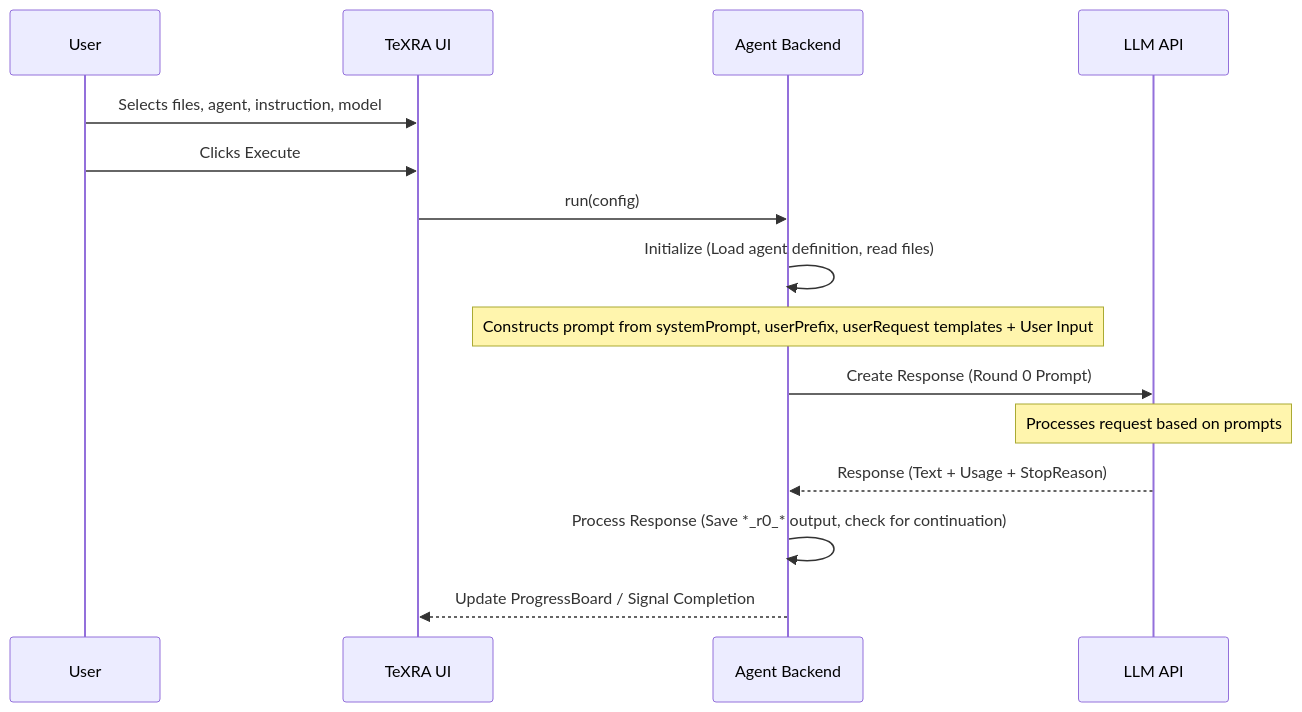
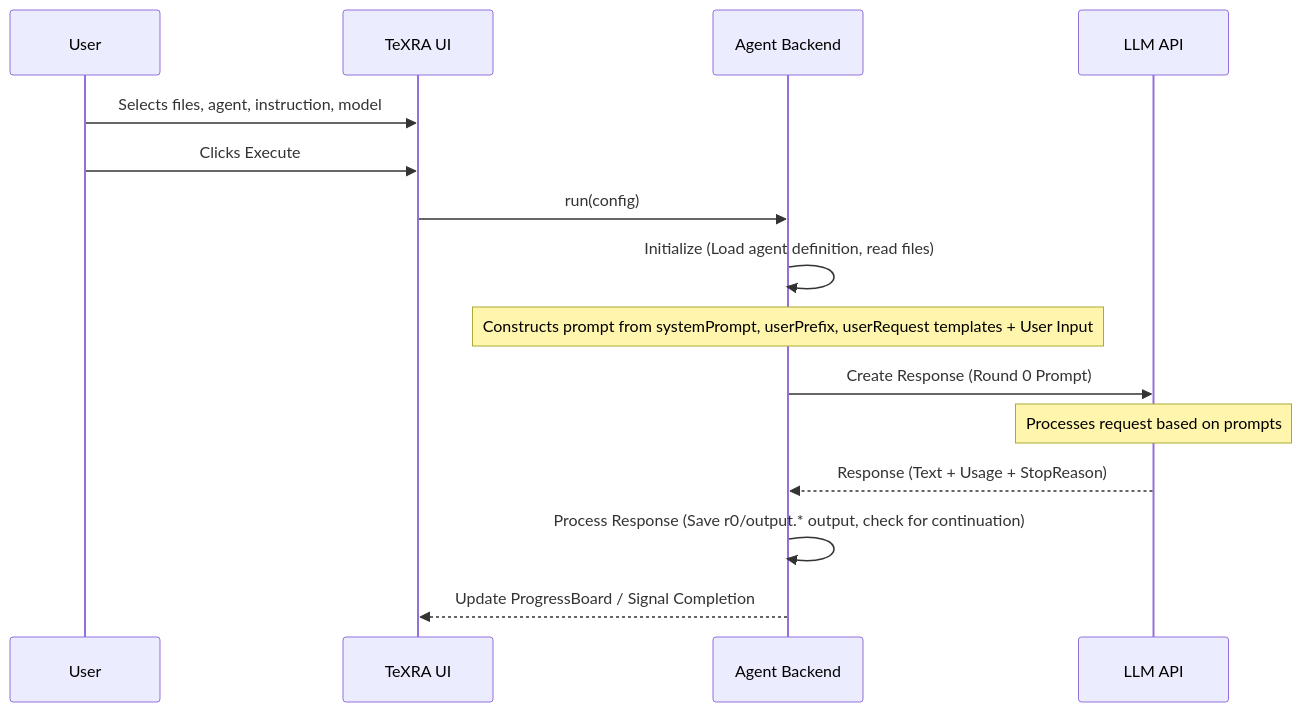
One commit to LionSR/TeXRA changed the diagram in docs/guide/agent-architecture.md. Above: the diagram before and after it, drawn with Mermaid. The commit also changed other lines of this file and 14 other files, not shown here.

````diff
--- a/docs/guide/agent-architecture.md
+++ b/docs/guide/agent-architecture.md
@@ -38,18 +38,18 @@
 ```mermaid
 sequenceDiagram
     participant User
     participant TeXRA UI
     participant Agent Backend
     participant LLM API
 
     User->>TeXRA UI: Selects files, agent, instruction, model
     User->>TeXRA UI: Clicks Execute
     TeXRA UI->>Agent Backend: run(config)
     Agent Backend->>Agent Backend: Initialize (Load agent definition, read files)
     Note over Agent Backend: Constructs prompt from systemPrompt, userPrefix, userRequest templates + User Input
     Agent Backend->>LLM API: Create Response (Round 0 Prompt)
     Note over LLM API: Processes request based on prompts
     LLM API-->>Agent Backend: Response (Text + Usage + StopReason)
-    Agent Backend->>Agent Backend: Process Response (Save *_r0_* output, check for continuation)
+    Agent Backend->>Agent Backend: Process Response (Save r0/output.* output, check for continuation)
     Agent Backend-->>TeXRA UI: Update ProgressBoard / Signal Completion
 ```
````
